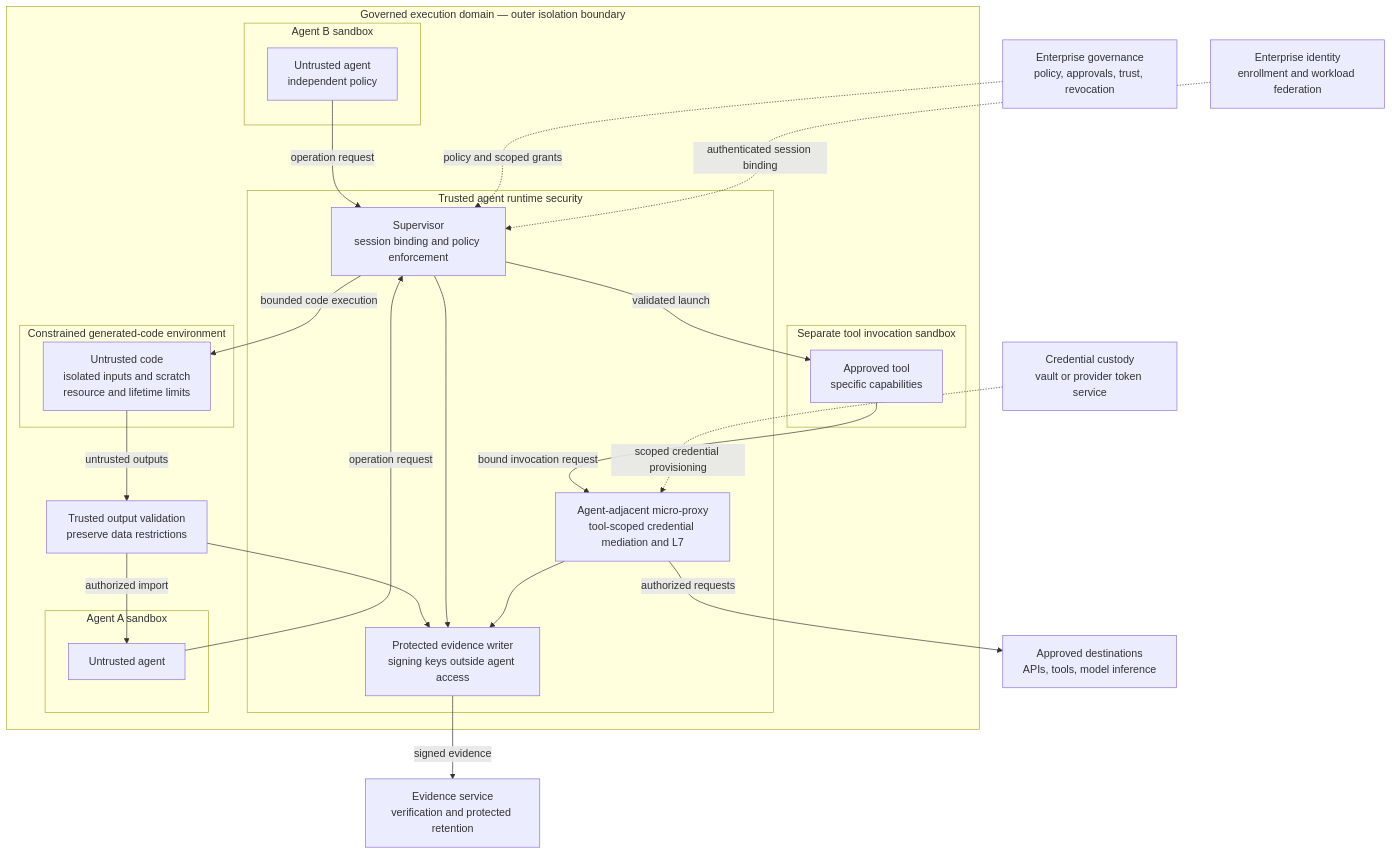
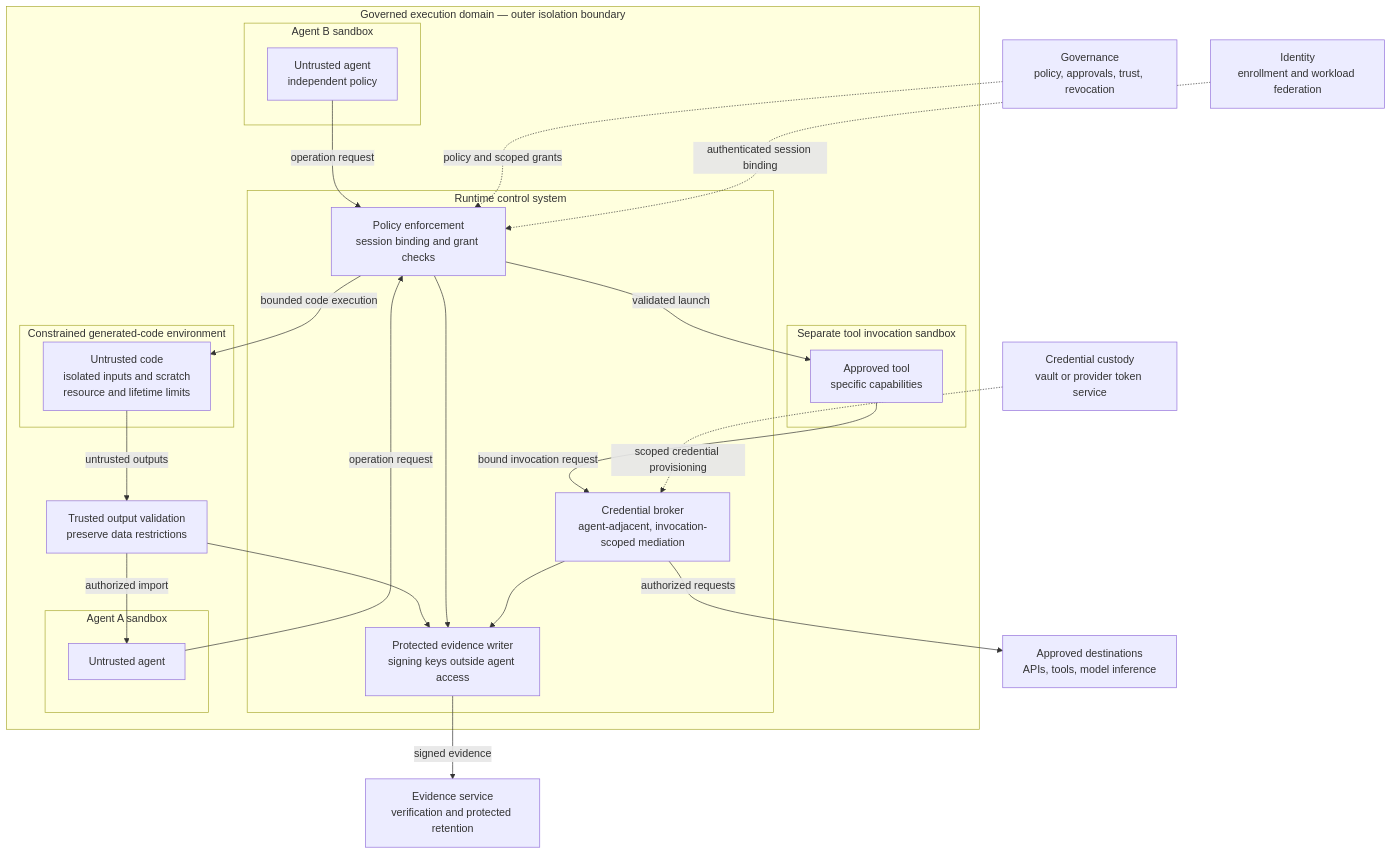
Before and after one commit to nolabs-ai/agent-runtime-security: the diagram in diagrams/01-runtime-governance.mmd, drawn with Mermaid. The commit also changed 37 other files, not shown here.

First line of the commit message:
feat(docs): update paper and diagrams for runtime governance

```diff
--- a/diagrams/01-runtime-governance.mmd
+++ b/diagrams/01-runtime-governance.mmd
@@ -1,42 +1,42 @@
 flowchart TB
-  G["Enterprise governance<br/>policy, approvals, trust, revocation"]
-  I["Enterprise identity<br/>enrollment and workload federation"]
+  G["Governance<br/>policy, approvals, trust, revocation"]
+  I["Identity<br/>enrollment and workload federation"]
   V["Credential custody<br/>vault or provider token service"]
   E["Evidence service<br/>verification and protected retention"]
   D["Approved destinations<br/>APIs, tools, model inference"]
 
   subgraph DOMAIN["Governed execution domain — outer isolation boundary"]
-    subgraph RT["Trusted agent runtime security"]
-      S["Supervisor<br/>session binding and policy enforcement"]
-      B["Agent-adjacent micro-proxy<br/>tool-scoped credential mediation and L7"]
+    subgraph RT["Runtime control system"]
+      S["Policy enforcement<br/>session binding and grant checks"]
+      B["Credential broker<br/>agent-adjacent, invocation-scoped mediation"]
       L["Protected evidence writer<br/>signing keys outside agent access"]
     end
     subgraph A["Agent A sandbox"]
       AP["Untrusted agent"]
     end
     subgraph T["Separate tool invocation sandbox"]
       TP["Approved tool<br/>specific capabilities"]
     end
     subgraph C["Agent B sandbox"]
       BP["Untrusted agent<br/>independent policy"]
     end
     AP -->|"operation request"| S
     BP -->|"operation request"| S
     subgraph X["Constrained generated-code environment"]
       XP["Untrusted code<br/>isolated inputs and scratch<br/>resource and lifetime limits"]
     end
     O["Trusted output validation<br/>preserve data restrictions"]
     S -->|"validated launch"| TP
     S -->|"bounded code execution"| XP
     XP -->|"untrusted outputs"| O
     O -->|"authorized import"| AP
     O --> L
     TP -->|"bound invocation request"| B
     S --> L
     B --> L
   end
   G -.->|"policy and scoped grants"| S
   I -.->|"authenticated session binding"| S
   V -.->|"scoped credential provisioning"| B
   B -->|"authorized requests"| D
   L -->|"signed evidence"| E
```
